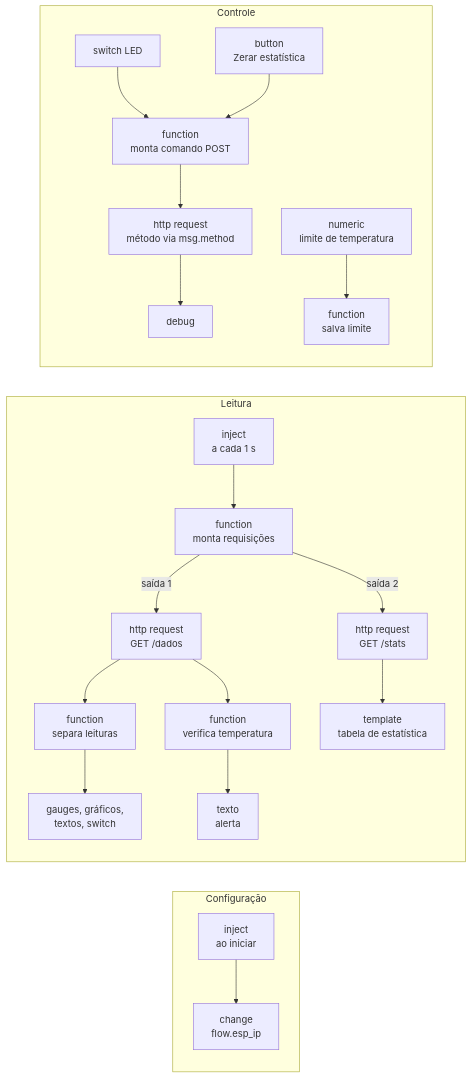
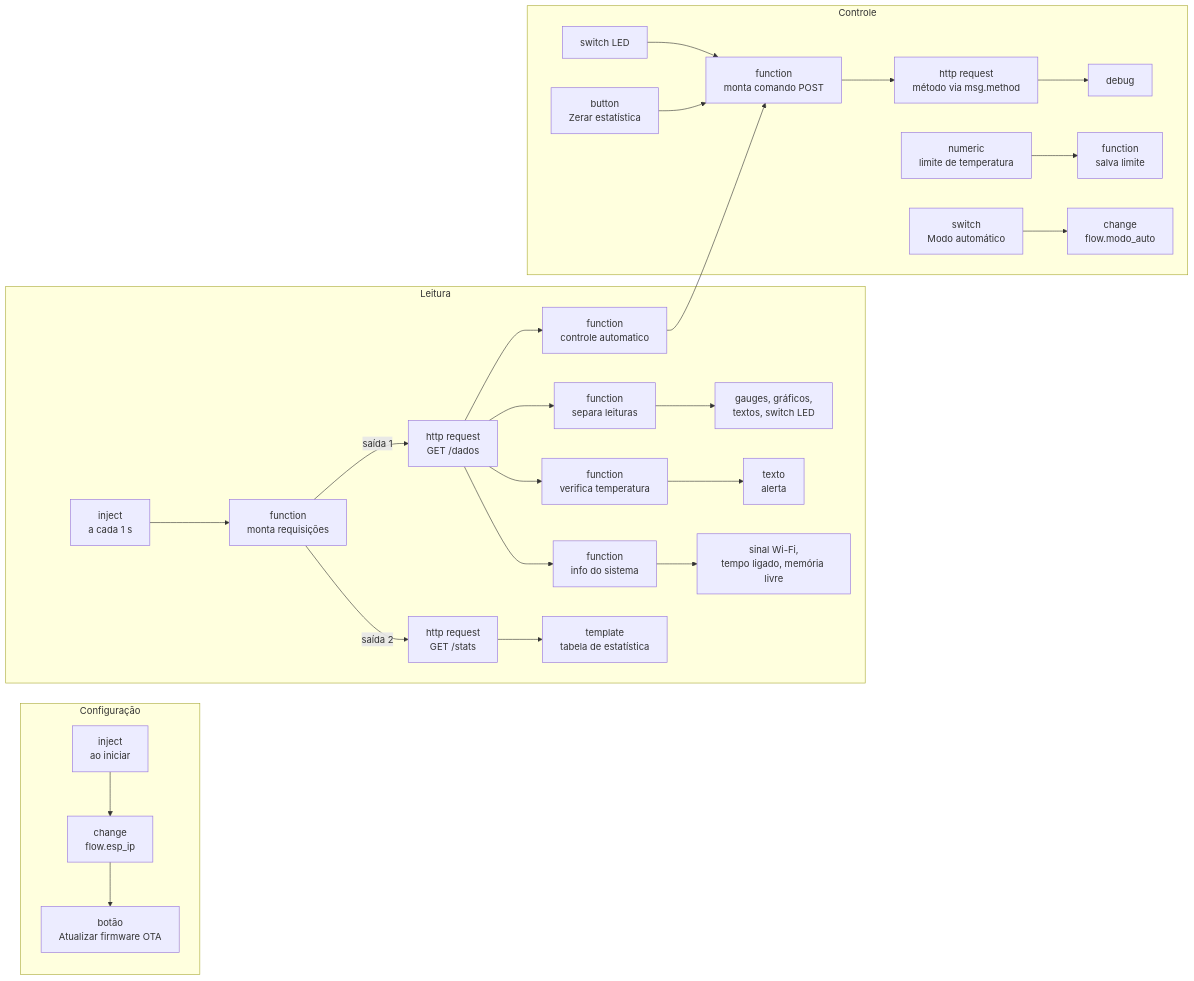
One commit to GuilhermeBertola1/T2_RIC changed the second of 2 diagrams in README.md. Above: the diagram before and after it, drawn with Mermaid. The commit also changed other lines of this file, not shown here.

````diff
--- a/README.md
+++ b/README.md
@@ -323,18 +316,22 @@
 ```mermaid
 flowchart LR
     subgraph Configuração
-        I0[inject<br/>ao iniciar] --> C0[change<br/>flow.esp_ip]
+        I0[inject<br/>ao iniciar] --> C0[change<br/>flow.esp_ip] --> OTA[botão<br/>Atualizar firmware OTA]
     end
     subgraph Leitura
         I1[inject<br/>a cada 1 s] --> F1[function<br/>monta requisições]
-        F1 -- saída 1 --> H1[http request<br/>GET /dados] --> F2[function<br/>separa leituras] --> W[gauges, gráficos,<br/>textos, switch]
+        F1 -- saída 1 --> H1[http request<br/>GET /dados] --> F2[function<br/>separa leituras] --> W[gauges, gráficos,<br/>textos, switch LED]
         H1 --> A[function<br/>verifica temperatura] --> AV[texto<br/>alerta]
+        H1 --> SI[function<br/>info do sistema] --> SW[sinal Wi-Fi,<br/>tempo ligado, memória livre]
+        H1 --> CA[function<br/>controle automatico]
         F1 -- saída 2 --> H2[http request<br/>GET /stats] --> T[template<br/>tabela de estatística]
     end
     subgraph Controle
         S[switch LED] --> F3[function<br/>monta comando POST]
         B[button<br/>Zerar estatística] --> F3
+        CA --> F3
         F3 --> H3[http request<br/>método via msg.method] --> D[debug]
         L[numeric<br/>limite de temperatura] --> FL[function<br/>salva limite]
+        M[switch<br/>Modo automático] --> FM[change<br/>flow.modo_auto]
     end
 ```
````
